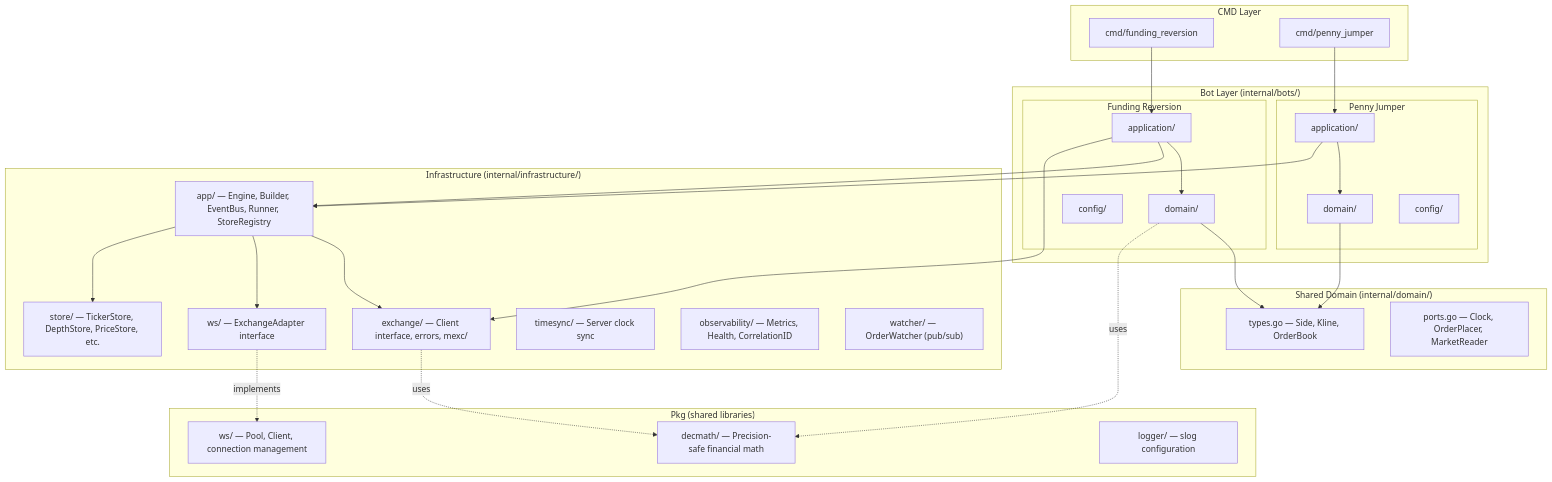
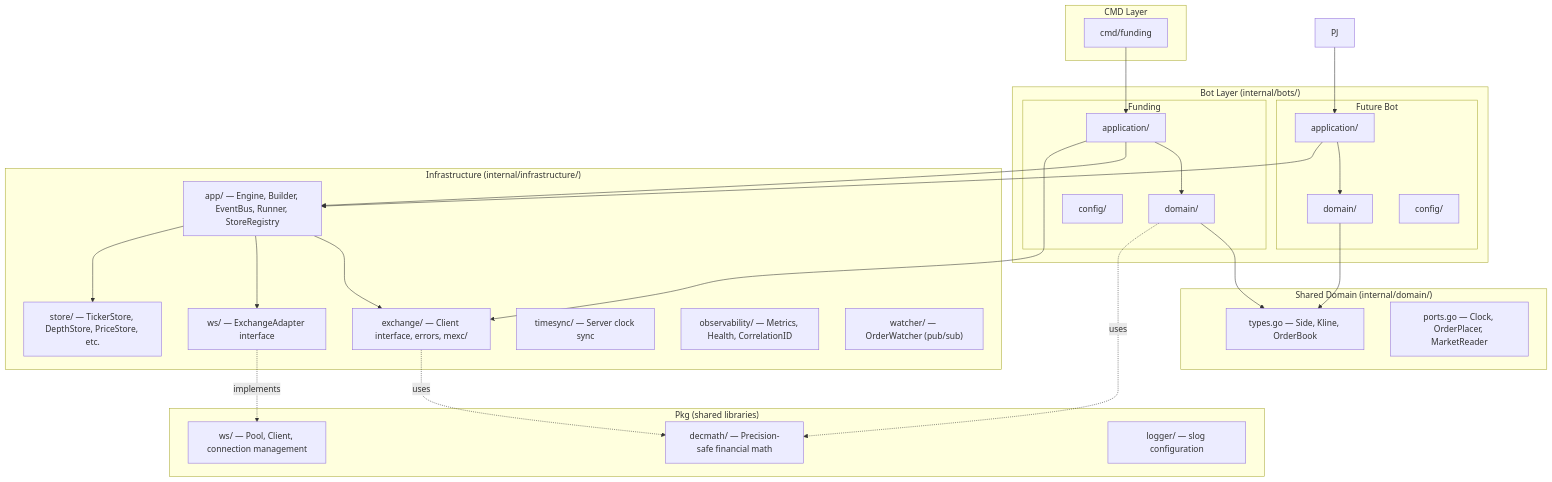
Before and after one commit to dangnmh/crypto-bot: the first of 4 diagrams in docs/tech/architecture.md, drawn with Mermaid. The commit also changed other lines of this file and 42 other files, not shown here.

````diff
--- a/docs/tech/architecture.md
+++ b/docs/tech/architecture.md
@@ -23,57 +23,56 @@
 ```mermaid
 graph TB
     subgraph "CMD Layer"
-        FR["cmd/funding_reversion"]
-        PJ["cmd/penny_jumper"]
+        FR["cmd/funding"]
     end
 
     subgraph "Bot Layer (internal/bots/)"
-        subgraph "Funding Reversion"
+        subgraph "Funding"
             FRA["application/"]
             FRD["domain/"]
             FRC["config/"]
         end
-        subgraph "Penny Jumper"
+        subgraph "Future Bot"
             PJA["application/"]
             PJD["domain/"]
             PJC["config/"]
         end
     end
 
     subgraph "Shared Domain (internal/domain/)"
         DT["types.go — Side, Kline, OrderBook"]
         DP["ports.go — Clock, OrderPlacer, MarketReader"]
     end
 
     subgraph "Infrastructure (internal/infrastructure/)"
         APP["app/ — Engine, Builder, EventBus, Runner, StoreRegistry"]
         EX["exchange/ — Client interface, errors, mexc/"]
         ST["store/ — TickerStore, DepthStore, PriceStore, etc."]
         WS["ws/ — ExchangeAdapter interface"]
         TS["timesync/ — Server clock sync"]
         OBS["observability/ — Metrics, Health, CorrelationID"]
         WAT["watcher/ — OrderWatcher (pub/sub)"]
     end
 
     subgraph "Pkg (shared libraries)"
         PWS["ws/ — Pool, Client, connection management"]
         DM["decmath/ — Precision-safe financial math"]
         LOG["logger/ — slog configuration"]
     end
 
     FR --> FRA
     PJ --> PJA
     FRA --> FRD
     FRA --> APP
     FRA --> EX
     PJA --> PJD
     PJA --> APP
     FRD --> DT
     PJD --> DT
     APP --> EX
     APP --> WS
     APP --> ST
     WS -.->|implements| PWS
     EX -.->|uses| DM
     FRD -.->|uses| DM
 ```
````
